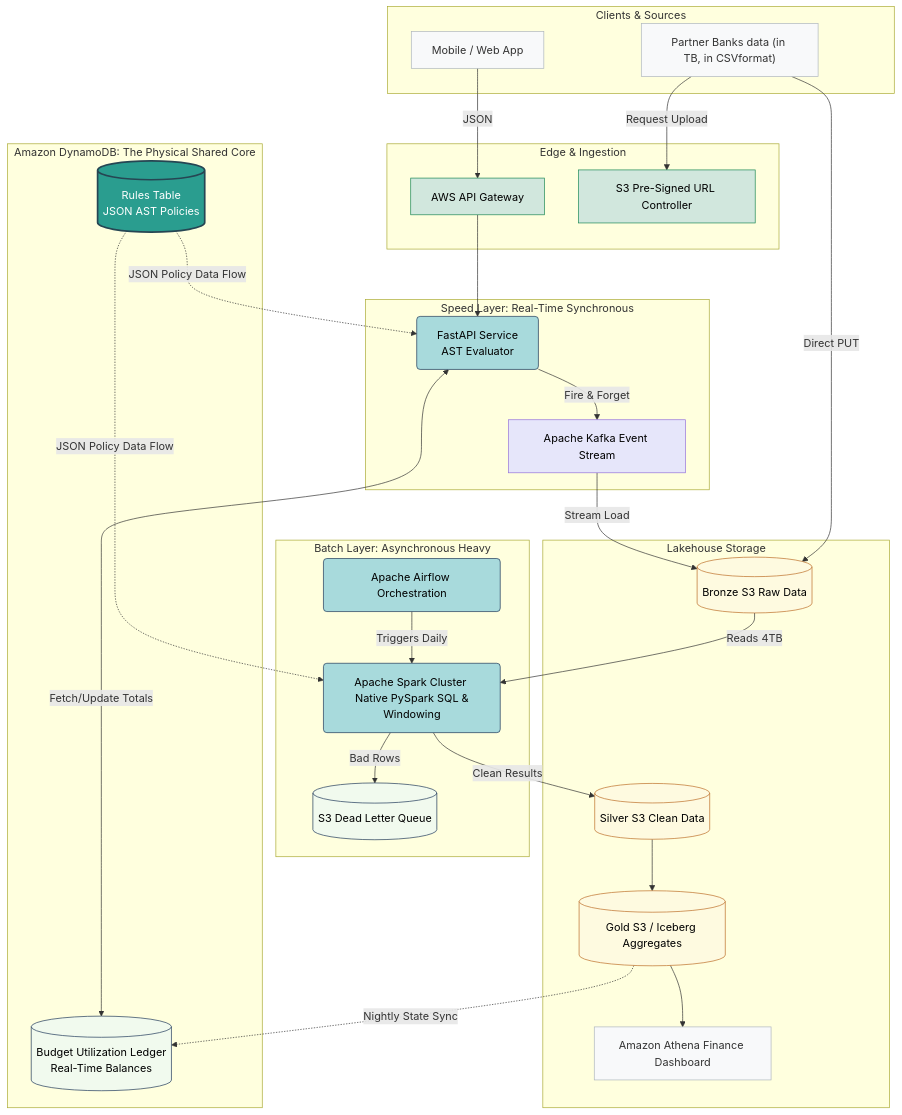
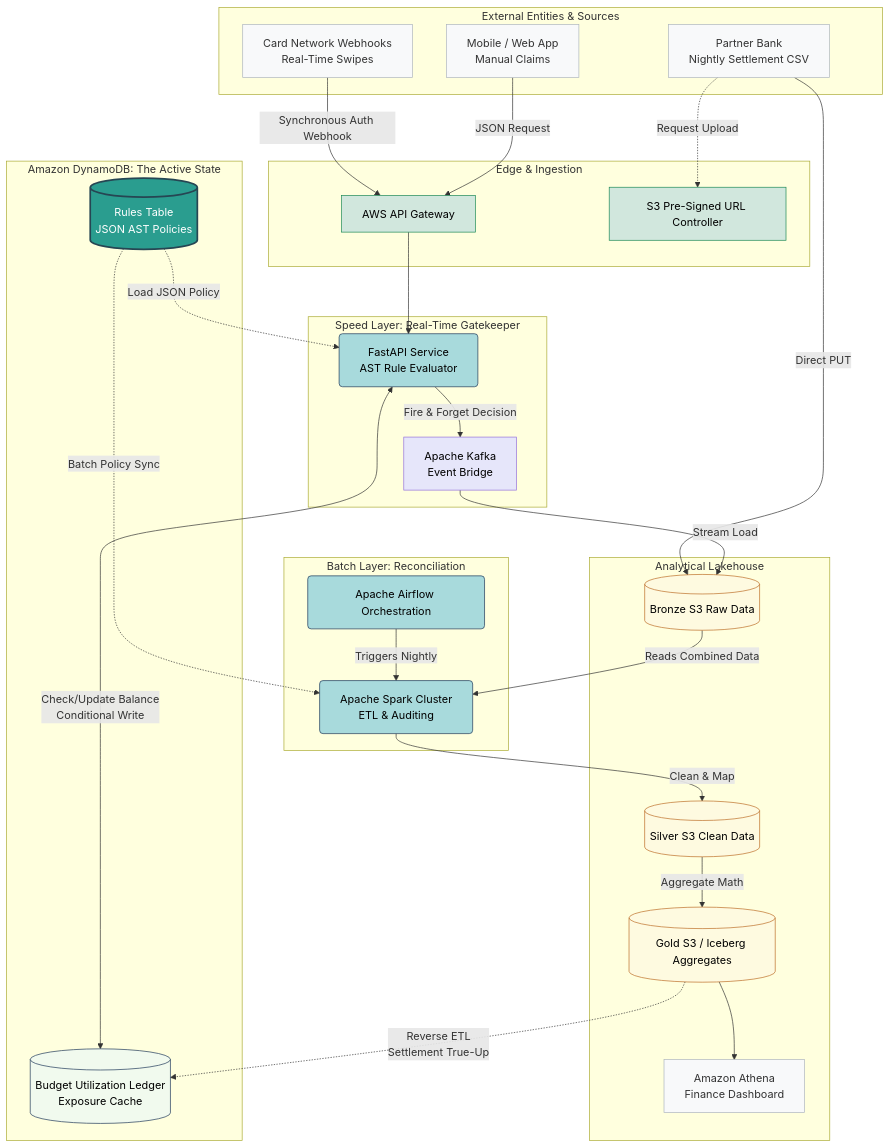
Before and after one commit to MadhavRao160/ruleEngine: the first of 4 diagrams in docs/hld/system-design-diagrams.md, drawn with Mermaid. The commit also changed other lines of this file and 2 other files, not shown here.

Commit message:
initialize repository structure and architecture blueprints

````diff
--- a/docs/hld/system-design-diagrams.md
+++ b/docs/hld/system-design-diagrams.md
@@ -22,11 +22,12 @@
     %% 2. DEFINE COMPONENTS
     %% ==========================================
     
-    subgraph Clients [Clients & Sources]
-        Mobile[Mobile / Web App]
-        Partner["Partner Banks data (in TB, in CSVformat)"]
+    subgraph Clients [External Entities & Sources]
+        Mobile[Mobile / Web App <br> Manual Claims]
+        CardNet[Card Network Webhooks <br> Real-Time Swipes]
+        Bank["Partner Bank <br> Nightly Settlement CSV"]
     end
-    class Mobile,Partner external;
+    class Mobile,CardNet,Bank external;
 
     subgraph Edge [Edge & Ingestion]
         API_GW[AWS API Gateway]
@@ -34,33 +35,31 @@
     end
     class API_GW,Pre_Signed router;
 
-    subgraph Speed_Layer [Speed Layer: Real-Time Synchronous]
-        FastAPI[FastAPI Service <br> AST Evaluator]
-        Kafka[Apache Kafka Event Stream]
+    subgraph Speed_Layer [Speed Layer: Real-Time Gatekeeper]
+        FastAPI[FastAPI Service <br> AST Rule Evaluator]
+        Kafka[Apache Kafka <br> Event Bridge]
     end
     class FastAPI compute;
     class Kafka stream;
 
-    subgraph DynamoDB [Amazon DynamoDB: The Physical Shared Core]
-        State[(Budget Utilization Ledger <br> Real-Time Balances)]
+    subgraph DynamoDB [Amazon DynamoDB: The Active State]
+        State[(Budget Utilization Ledger <br> Exposure Cache)]
         DSL[(Rules Table <br> JSON AST Policies)]
     end
     class State database;
     class DSL core; 
 
-    subgraph Batch_Layer [Batch Layer: Asynchronous Heavy]
+    subgraph Batch_Layer [Batch Layer: Reconciliation]
         Airflow[Apache Airflow Orchestration]
-        Spark[Apache Spark Cluster <br> Native PySpark SQL & Windowing]
-        DLQ[(S3 Dead Letter Queue)]
+        Spark[Apache Spark Cluster <br> ETL & Auditing]
     end
     class Airflow,Spark compute;
-    class DLQ database;
 
-    subgraph Storage [Lakehouse Storage]
+    subgraph Storage [Analytical Lakehouse]
         Bronze[(Bronze S3 Raw Data)]
         Silver[(Silver S3 Clean Data)]
         Gold[(Gold S3 / Iceberg Aggregates)]
-        Athena[Amazon Athena Finance Dashboard]
+        Athena[Amazon Athena <br> Finance Dashboard]
     end
     class Bronze,Silver,Gold s3;
     class Athena external;
@@ -68,28 +67,32 @@
     %% ==========================================
     %% 3. DEFINE CONNECTIONS
     %% ==========================================
-    Mobile -->|JSON| API_GW
+    %% Real-Time Paths
+    Mobile -->|JSON Request| API_GW
+    CardNet -->|Synchronous Auth Webhook| API_GW
     API_GW --> FastAPI
     
-    Partner -->|Request Upload| Pre_Signed
-    Partner -->|Direct PUT| Bronze
+    %% Speed Layer Operations
+    FastAPI <-->|Check/Update Balance <br> Conditional Write| State
+    DSL -.->|Load JSON Policy| FastAPI
     
-    %% Speed Layer State & Logic Flow
-    FastAPI <-->|Fetch/Update Totals| State
-    DSL -.->|JSON Policy Data Flow| FastAPI
-    
-    FastAPI -->|Fire & Forget| Kafka
+    %% Event Decoupling
+    FastAPI -->|Fire & Forget Decision| Kafka
     Kafka -->|Stream Load| Bronze
 
-    Airflow -->|Triggers Daily| Spark
-    Bronze -->|Reads 4TB| Spark
+    %% Asynchronous Batch Path
+    Bank -->|Direct PUT| Bronze
+    Bank -.->|Request Upload| Pre_Signed
     
-    %% Batch Layer State & Logic Flow
-    DSL -.->|JSON Policy Data Flow| Spark
+    %% Batch Operations
+    Airflow -->|Triggers Nightly| Spark
+    Bronze -->|Reads Combined Data| Spark
+    DSL -.->|Batch Policy Sync| Spark
     
-    Spark -->|Bad Rows| DLQ
-    Spark -->|Clean Results| Silver
-    Silver --> Gold
+    Spark -->|Clean & Map| Silver
+    Silver -->|Aggregate Math| Gold
     Gold --> Athena
-    Gold -.->|Nightly State Sync| State
+    
+    %% The True-Up Loop
+    Gold -.->|Reverse ETL <br> Settlement True-Up| State
 ```
````
